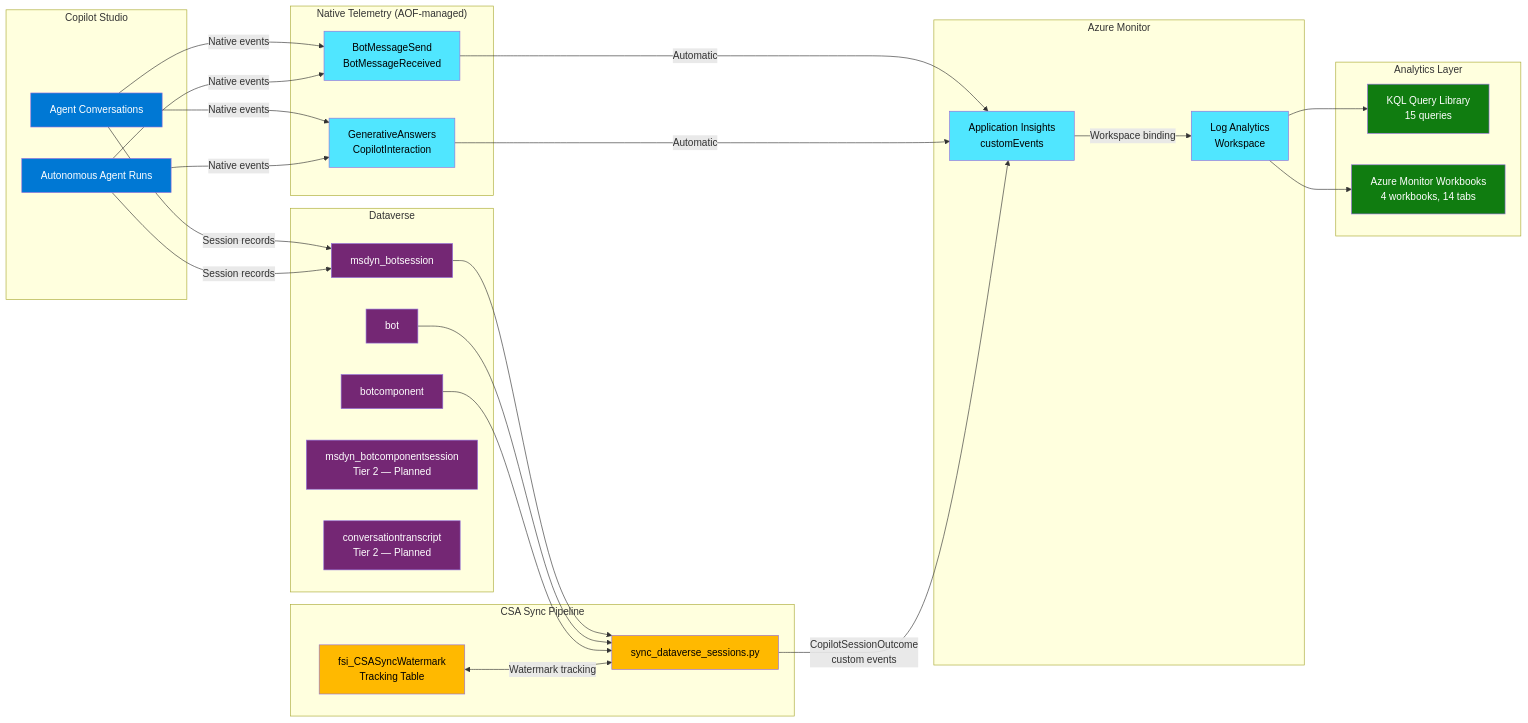
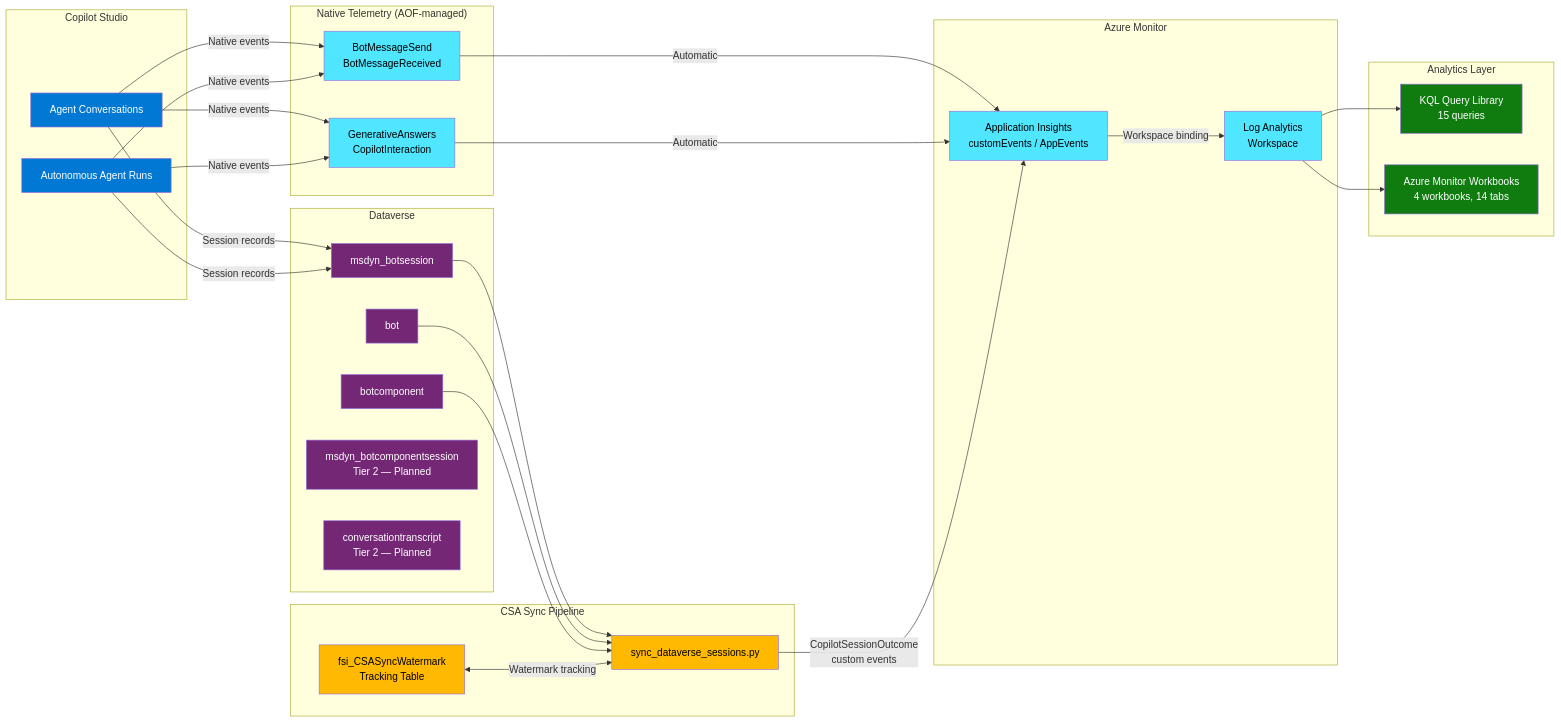
Before and after one commit to judeper/FSI-AgentGov-Solutions: the diagram in copilot-studio-analytics/architecture.md, drawn with Mermaid. The commit also changed other lines of this file and 42 other files, not shown here.

````diff
--- a/copilot-studio-analytics/architecture.md
+++ b/copilot-studio-analytics/architecture.md
@@ -9,71 +9,71 @@
 ```mermaid
 graph LR
     subgraph "Copilot Studio"
         A1[Agent Conversations]
         A2[Autonomous Agent Runs]
     end
 
     subgraph "Native Telemetry (AOF-managed)"
         B1[BotMessageSend<br/>BotMessageReceived]
         B2[GenerativeAnswers<br/>CopilotInteraction]
     end
 
     subgraph "Dataverse"
         D1[msdyn_botsession]
         D2[bot]
         D3[botcomponent]
         D4[msdyn_botcomponentsession<br/>Tier 2 — Planned]
         D5[conversationtranscript<br/>Tier 2 — Planned]
     end
 
     subgraph "CSA Sync Pipeline"
         S1[sync_dataverse_sessions.py]
         S2[fsi_CSASyncWatermark<br/>Tracking Table]
     end
 
     subgraph "Azure Monitor"
-        AI[Application Insights<br/>customEvents]
+        AI[Application Insights<br/>customEvents / AppEvents]
         LA[Log Analytics<br/>Workspace]
     end
 
     subgraph "Analytics Layer"
         Q[KQL Query Library<br/>15 queries]
         W[Azure Monitor Workbooks<br/>4 workbooks, 14 tabs]
     end
 
     A1 -->|Native events| B1
     A1 -->|Native events| B2
     A2 -->|Native events| B1
     A2 -->|Native events| B2
     B1 -->|Automatic| AI
     B2 -->|Automatic| AI
 
     A1 -->|Session records| D1
     A2 -->|Session records| D1
 
     D1 --> S1
     D2 --> S1
     D3 --> S1
     S2 <-->|Watermark tracking| S1
     S1 -->|CopilotSessionOutcome<br/>custom events| AI
 
     AI -->|Workspace binding| LA
     LA --> Q
     LA --> W
 
     style A1 fill:#0078d4,color:#fff
     style A2 fill:#0078d4,color:#fff
     style B1 fill:#50e6ff,color:#000
     style B2 fill:#50e6ff,color:#000
     style D1 fill:#742774,color:#fff
     style D2 fill:#742774,color:#fff
     style D3 fill:#742774,color:#fff
     style D4 fill:#742774,color:#fff
     style D5 fill:#742774,color:#fff
     style S1 fill:#ffb900,color:#000
     style S2 fill:#ffb900,color:#000
     style AI fill:#50e6ff,color:#000
     style LA fill:#50e6ff,color:#000
     style Q fill:#107c10,color:#fff
     style W fill:#107c10,color:#fff
 ```
````
